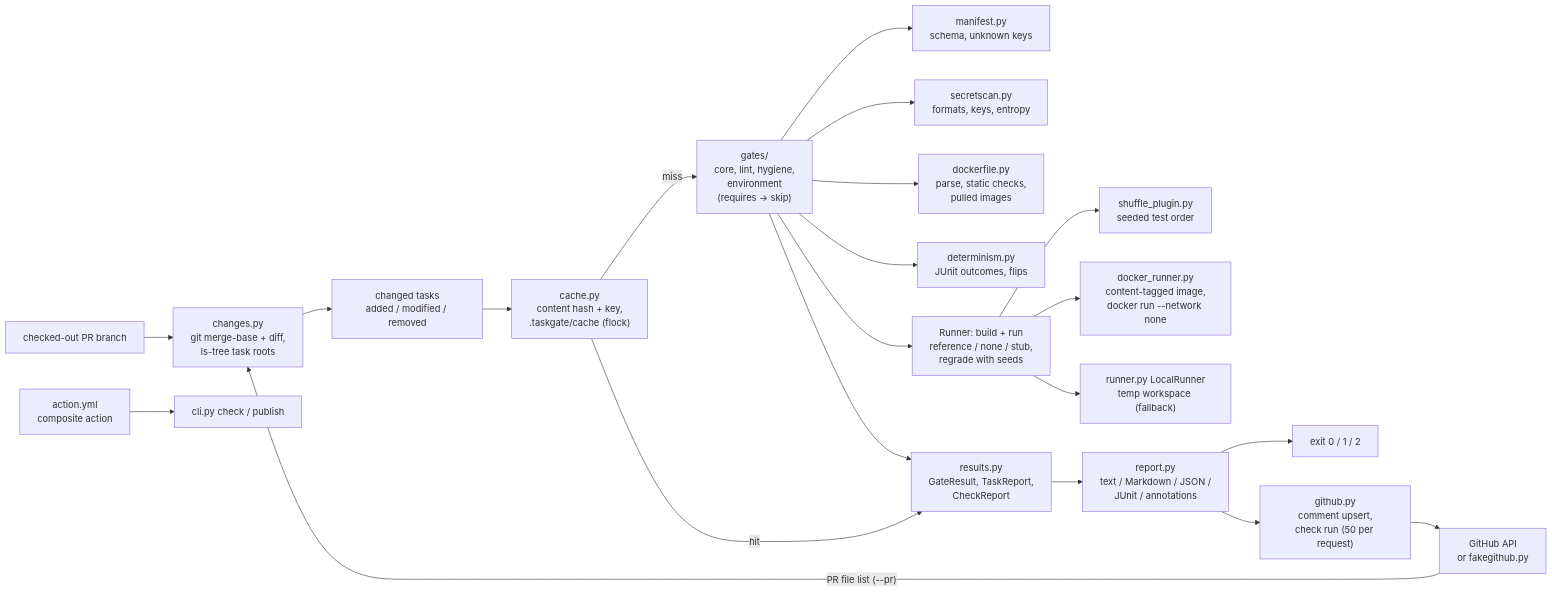
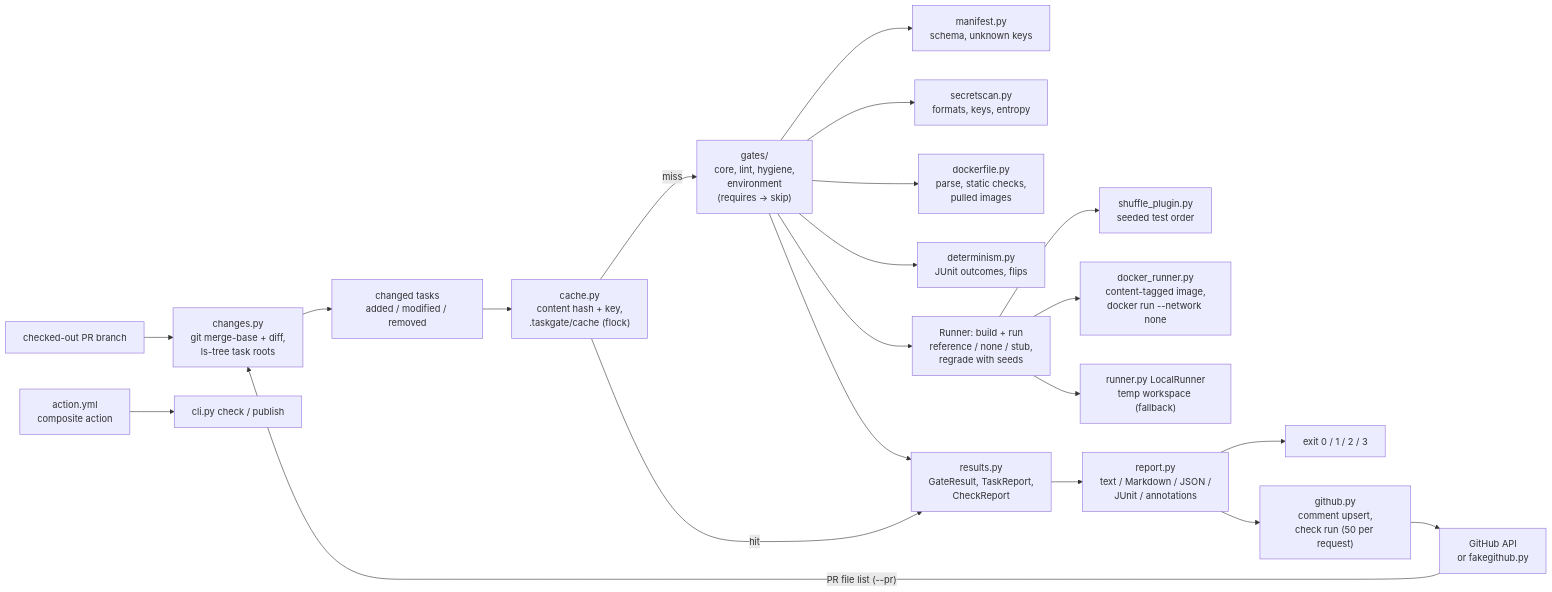
One commit to vipul21435/taskgate changed the diagram in README.md. Above: the diagram before and after it, drawn with Mermaid. The commit also changed other lines of this file and 4 other files, not shown here.

````diff
--- a/README.md
+++ b/README.md
@@ -612,24 +621,24 @@
 ```mermaid
 flowchart LR
     PR["checked-out PR branch"] --> CH["changes.py<br/>git merge-base + diff,<br/>ls-tree task roots"]
     CH --> TASKS["changed tasks<br/>added / modified / removed"]
     GATES["gates/<br/>core, lint, hygiene,<br/>environment<br/>(requires -> skip)"]
     GATES --> MAN["manifest.py<br/>schema, unknown keys"]
     GATES --> SEC["secretscan.py<br/>formats, keys, entropy"]
     GATES --> DF["dockerfile.py<br/>parse, static checks,<br/>pulled images"]
     GATES --> DET["determinism.py<br/>JUnit outcomes, flips"]
     GATES --> RUN["Runner: build + run<br/>reference / none / stub,<br/>regrade with seeds"]
     RUN --> SHUF["shuffle_plugin.py<br/>seeded test order"]
     RUN --> DOCK["docker_runner.py<br/>content-tagged image,<br/>docker run --network none"]
     RUN --> LOC["runner.py LocalRunner<br/>temp workspace (fallback)"]
     TASKS --> CACHE["cache.py<br/>content hash + key,<br/>.taskgate/cache (flock)"]
     CACHE -- miss --> GATES
     CACHE -- hit --> RES
     GATES --> RES["results.py<br/>GateResult, TaskReport,<br/>CheckReport"]
     RES --> REP["report.py<br/>text / Markdown / JSON /<br/>JUnit / annotations"]
-    REP --> EXIT["exit 0 / 1 / 2"]
+    REP --> EXIT["exit 0 / 1 / 2 / 3"]
     REP --> GH["github.py<br/>comment upsert,<br/>check run (50 per request)"]
     GH --> API["GitHub API<br/>or fakegithub.py"]
     API -- "PR file list (--pr)" --> CH
     ACT["action.yml<br/>composite action"] --> CLI["cli.py check / publish"]
 ```
````
